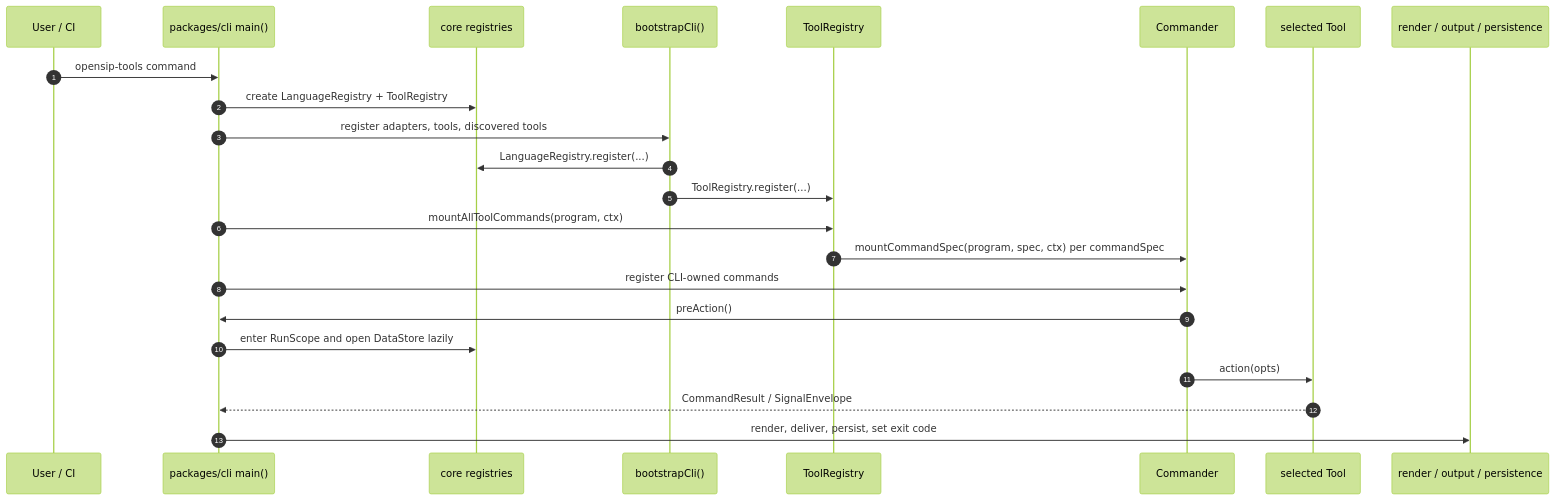
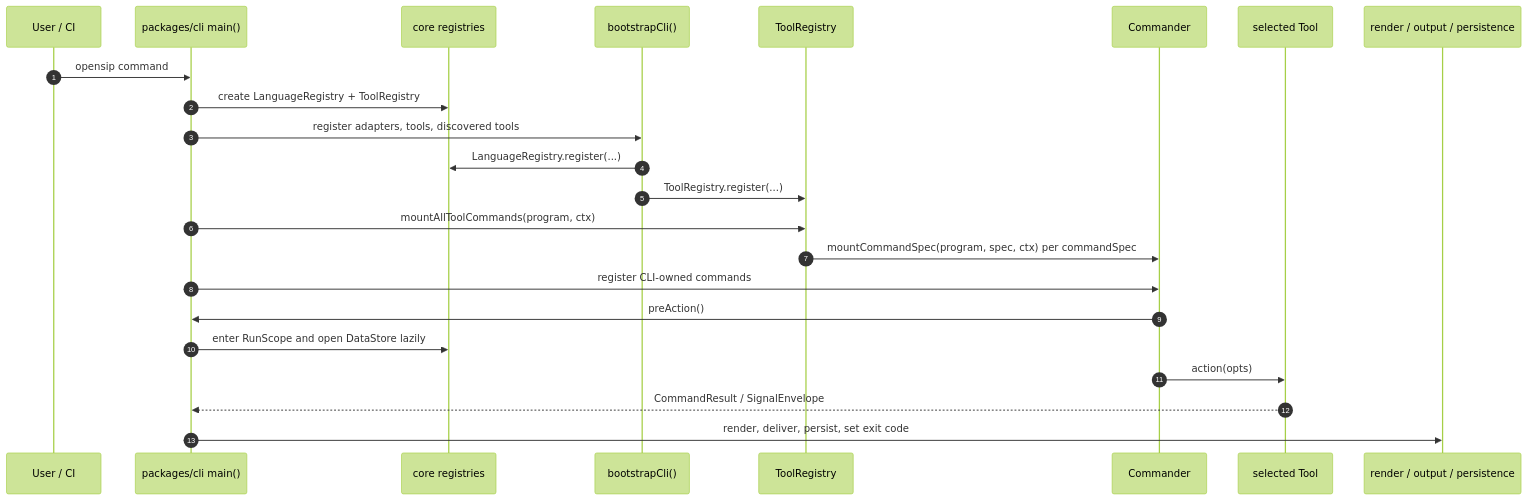
One commit to opensip-ai/opensip-cli changed the diagram in docs/public/80-implementation/01-cli-dispatch.md. Above: the diagram before and after it, drawn with Mermaid (forest theme). The commit also changed other lines of this file and 1326 other files, not shown here.

````diff
--- a/docs/public/80-implementation/01-cli-dispatch.md
+++ b/docs/public/80-implementation/01-cli-dispatch.md
@@ -77,26 +77,26 @@
 ```mermaid
 sequenceDiagram
   autonumber
   participant User as User / CI
   participant CLI as packages/cli main()
   participant Core as core registries
   participant Bootstrap as bootstrapCli()
   participant Tools as ToolRegistry
   participant Commander as Commander
   participant Tool as selected Tool
   participant Output as render / output / persistence
 
-  User->>CLI: opensip-tools command
+  User->>CLI: opensip command
   CLI->>Core: create LanguageRegistry + ToolRegistry
   CLI->>Bootstrap: register adapters, tools, discovered tools
   Bootstrap->>Core: LanguageRegistry.register(...)
   Bootstrap->>Tools: ToolRegistry.register(...)
   CLI->>Tools: mountAllToolCommands(program, ctx)
   Tools->>Commander: mountCommandSpec(program, spec, ctx) per commandSpec
   CLI->>Commander: register CLI-owned commands
   Commander->>CLI: preAction()
   CLI->>Core: enter RunScope and open DataStore lazily
   Commander->>Tool: action(opts)
   Tool-->>CLI: CommandResult / SignalEnvelope
   CLI->>Output: render, deliver, persist, set exit code
 ```
````
